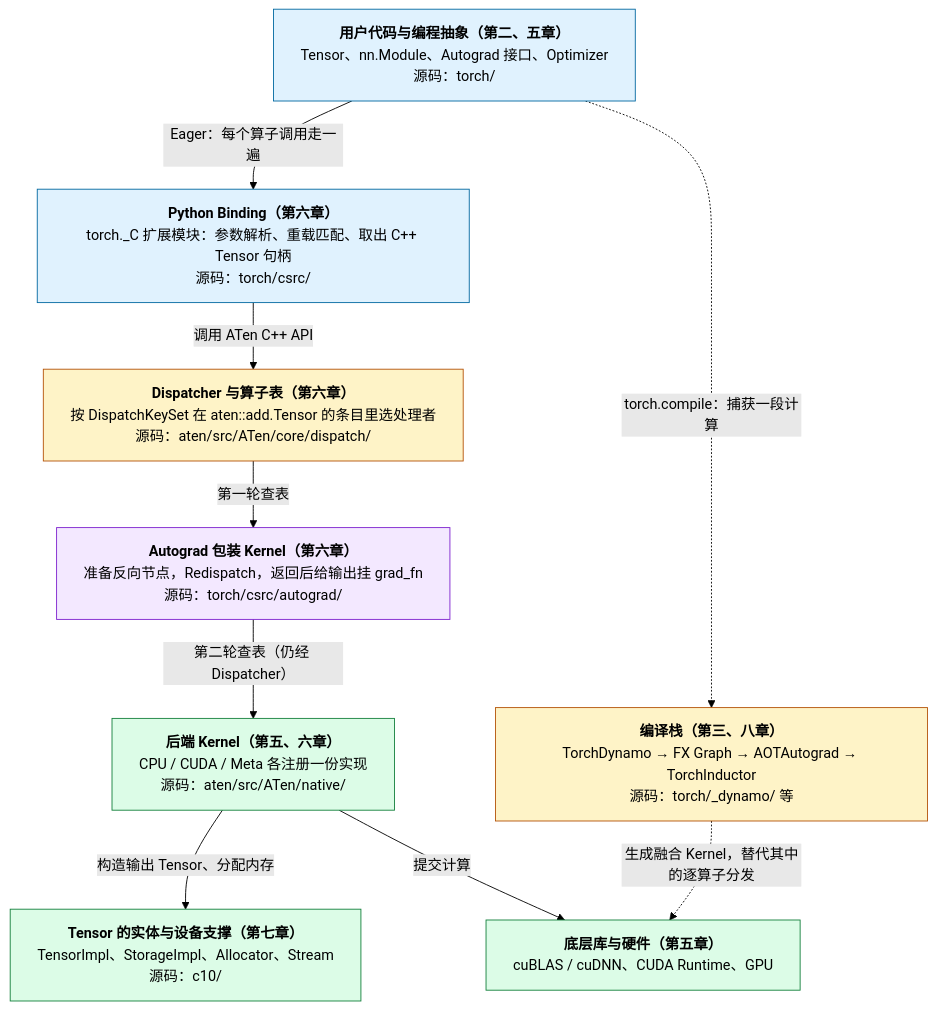
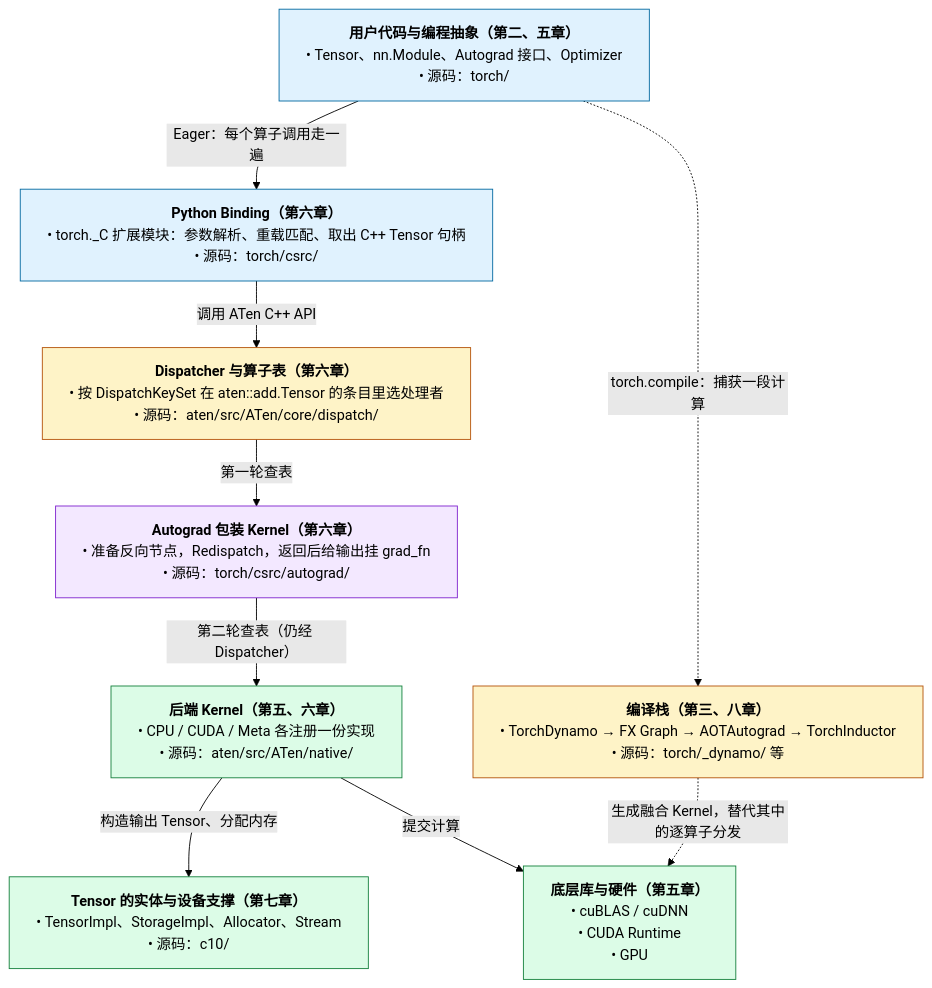
One commit to arganzheng/arganzheng.github.com changed the first of 6 diagrams in _posts/2026-02-17-pytorch-overall-introduction.md. Above: the diagram before and after it, drawn with Mermaid (forest theme). The commit also changed other lines of this file and 9 other files, not shown here.

First line of the commit message:
PyTorch 系列其余 9 篇：流程图方框改成「标题 + 列表」

````diff
--- a/_posts/2026-02-17-pytorch-overall-introduction.md
+++ b/_posts/2026-02-17-pytorch-overall-introduction.md
@@ -47,31 +47,31 @@
 ```mermaid
-%%{init: {"flowchart": {"wrappingWidth": 420}}}%%
+%%{init: {"flowchart": {"wrappingWidth": 540}}}%%
 %% 图：一行 torch.add(x, y) 穿过的 PyTorch 组件与源码位置
 flowchart TB
-    USER["<b>用户代码与编程抽象（第二、五章）</b><br/>Tensor、nn.Module、Autograd 接口、Optimizer<br/>源码：torch/"]
-    BIND["<b>Python Binding（第六章）</b><br/>torch._C 扩展模块：参数解析、重载匹配、取出 C++ Tensor 句柄<br/>源码：torch/csrc/"]
-    DISP["<b>Dispatcher 与算子表（第六章）</b><br/>按 DispatchKeySet 在 aten::add.Tensor 的条目里选处理者<br/>源码：aten/src/ATen/core/dispatch/"]
-    AG["<b>Autograd 包装 Kernel（第六章）</b><br/>准备反向节点，Redispatch，返回后给输出挂 grad_fn<br/>源码：torch/csrc/autograd/"]
-    KERN["<b>后端 Kernel（第五、六章）</b><br/>CPU / CUDA / Meta 各注册一份实现<br/>源码：aten/src/ATen/native/"]
-    BASE["<b>Tensor 的实体与设备支撑（第七章）</b><br/>TensorImpl、StorageImpl、Allocator、Stream<br/>源码：c10/"]
-    HW["<b>底层库与硬件（第五章）</b><br/>cuBLAS / cuDNN、CUDA Runtime、GPU"]
-    COMP["<b>编译栈（第三、八章）</b><br/>TorchDynamo → FX Graph → AOTAutograd → TorchInductor<br/>源码：torch/_dynamo/ 等"]
+    USER["<b>用户代码与编程抽象（第二、五章）</b><br/>• Tensor、nn.Module、Autograd 接口、Optimizer<br/>• 源码：torch/"]
+    BIND["<b>Python Binding（第六章）</b><br/>• torch._C 扩展模块：参数解析、重载匹配、取出 C++ Tensor 句柄<br/>• 源码：torch/csrc/"]
+    DISP["<b>Dispatcher 与算子表（第六章）</b><br/>• 按 DispatchKeySet 在 aten::add.Tensor 的条目里选处理者<br/>• 源码：aten/src/ATen/core/dispatch/"]
+    AG["<b>Autograd 包装 Kernel（第六章）</b><br/>• 准备反向节点，Redispatch，返回后给输出挂 grad_fn<br/>• 源码：torch/csrc/autograd/"]
+    KERN["<b>后端 Kernel（第五、六章）</b><br/>• CPU / CUDA / Meta 各注册一份实现<br/>• 源码：aten/src/ATen/native/"]
+    BASE["<b>Tensor 的实体与设备支撑（第七章）</b><br/>• TensorImpl、StorageImpl、Allocator、Stream<br/>• 源码：c10/"]
+    HW["<b>底层库与硬件（第五章）</b><br/>• cuBLAS / cuDNN<br/>• CUDA Runtime<br/>• GPU"]
+    COMP["<b>编译栈（第三、八章）</b><br/>• TorchDynamo → FX Graph → AOTAutograd → TorchInductor<br/>• 源码：torch/_dynamo/ 等"]
 
     USER -- "Eager：每个算子调用走一遍" --> BIND
     BIND -- "调用 ATen C++ API" --> DISP
     DISP -- "第一轮查表" --> AG
     AG -- "第二轮查表（仍经 Dispatcher）" --> KERN
     KERN -- "构造输出 Tensor、分配内存" --> BASE
     KERN -- "提交计算" --> HW
     USER -. "torch.compile：捕获一段计算" .-> COMP
     COMP -. "生成融合 Kernel，替代其中的逐算子分发" .-> HW
 
     classDef api fill:#e0f2fe,stroke:#0369a1;
     classDef dispatch fill:#fef3c7,stroke:#b45309;
     classDef autograd fill:#f3e8ff,stroke:#7e22ce;
     classDef compute fill:#dcfce7,stroke:#15803d;
     class USER,BIND api;
     class DISP,COMP dispatch;
     class AG autograd;
     class KERN,BASE,HW compute;
 ```
````
